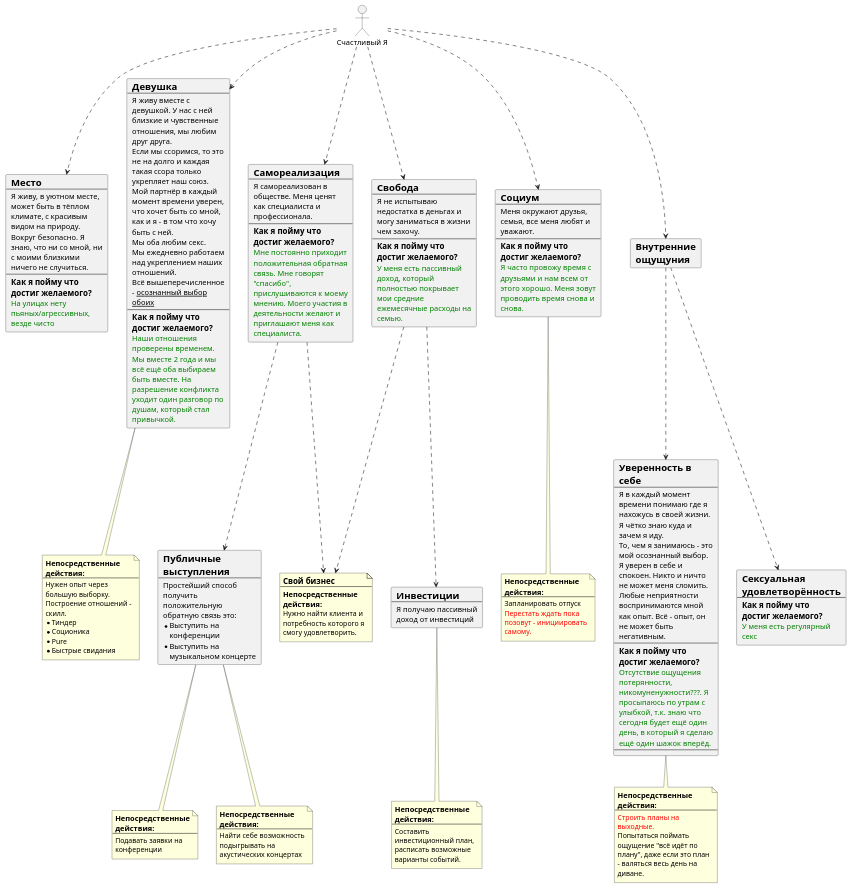
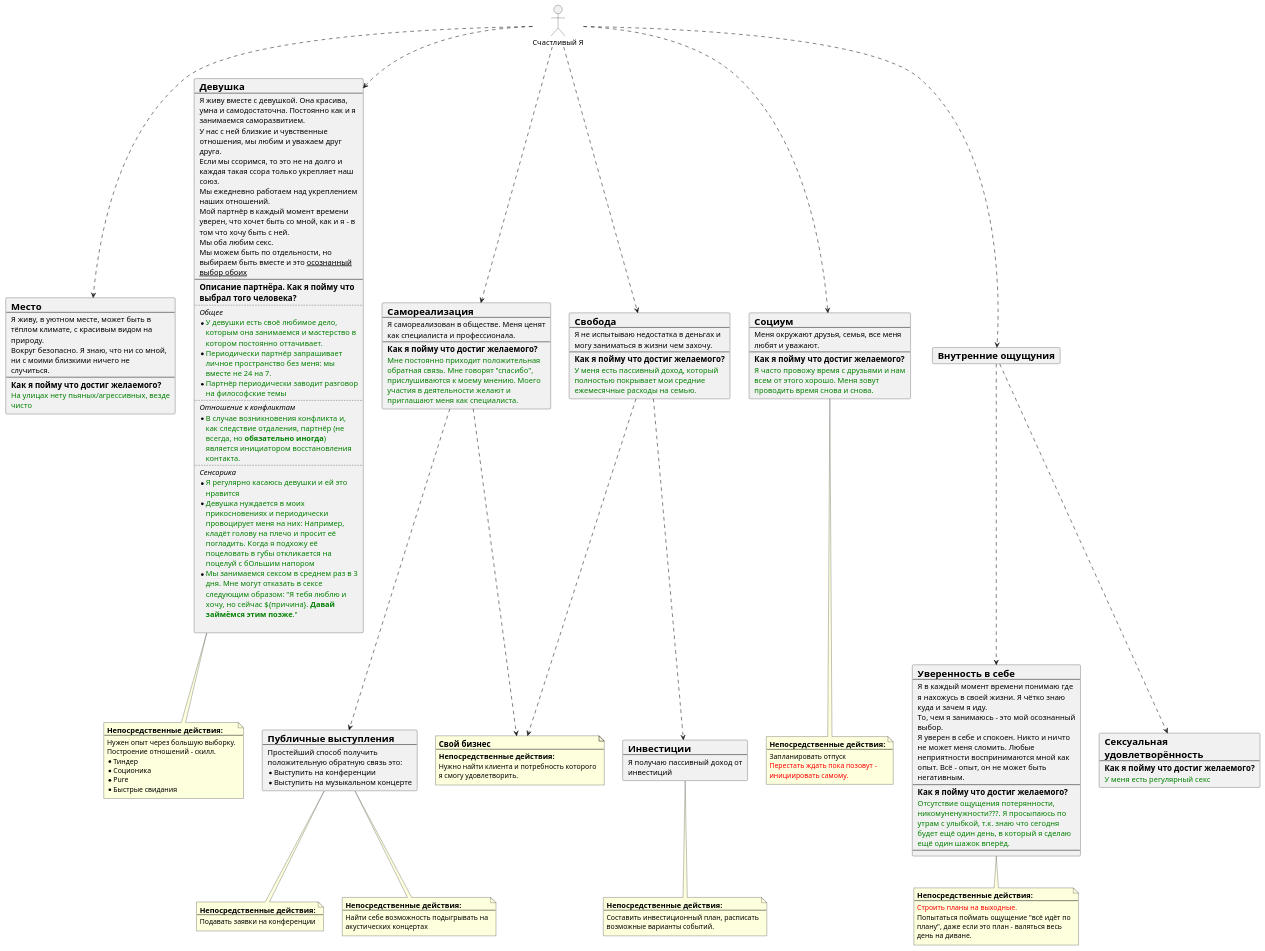
The diagram in docs/life.puml (roasher/project-life), drawn with PlantUML before and after one commit.

Commit message:
iteration

```diff
--- a/docs/life.puml
+++ b/docs/life.puml
@@ -1,155 +1,169 @@
 @startuml
-skinparam wrapWidth 180
+skinparam wrapWidth 300
 actor Happy_Me as "Счастливый Я"
 
 card Environment [
 =Место
 ----
 Я живу, в уютном месте, может быть в тёплом климате, с красивым видом на природу.
 Вокруг безопасно. Я знаю, что ни со мной, ни с моими близкими ничего не случиться.
 ----
 ===Как я пойму что достиг желаемого?
 <color:green>На улицах нету пьяных/агрессивных, везде чисто</color>
 ]
 
 card Girlfriend [
 =Девушка
 ----
-Я живу вместе с девушкой. У нас с ней близкие и чувственные отношения, мы любим друг друга.
+Я живу вместе с девушкой. Она красива, умна и самодостаточна. Постоянно как и я занимаемся саморазвитием.
+У нас с ней близкие и чувственные отношения, мы любим и уважаем друг друга.
 Если мы ссоримся, то это не на долго и каждая такая ссора только укрепляет наш союз.
+Мы ежедневно работаем над укреплением наших отношений.
 Мой партнёр в каждый момент времени уверен, что хочет быть со мной, как и я - в том что хочу быть с ней.
 Мы оба любим секс.
-Мы ежедневно работаем над укреплением наших отношений.
-Всё вышеперечисленное - <u>осознанный выбор обоих</u>
+Мы можем быть по отдельности, но выбираем быть вместе и это <u>осознанный выбор обоих</u>
 ----
-===Как я пойму что достиг желаемого?
-<color:green>Наши отношения проверены временем. Мы вместе 2 года и мы всё ещё оба выбираем быть вместе. На разрешение конфликта уходит один разговор по душам, который стал привычкой.</color>
+===Описание партнёра. Как я пойму что выбрал того человека?
+....
+====Общее
+* <color:green>У девушки есть своё любимое дело, которым она занимаемся и мастерство в котором постоянно оттачивает.</color>
+* <color:green>Периодически партнёр запрашивает личное пространство без меня: мы вместе не 24 на 7.</color>
+* <color:green>Партнёр периодически заводит разговор на философские темы</color>
+....
+====Отношение к конфликтам
+* <color:green>В случае возникновения конфликта и, как следствие отдаления, партнёр (не всегда, но **обязательно иногда**) является инициатором восстановления контакта.</color>
+....
+====Сенсорика
+* <color:green>Я регулярно касаюсь девушки и ей это нравится</color>
+* <color:green>Девушка нуждается в моих прикосновениях и периодически провоцирует меня на них: Например, кладёт голову на плечо и просит её погладить. Когда я подхожу её поцеловать в губы откликается на поцелуй с бОльшим напором</color>
+* <color:green>Мы занимаемся сексом в среднем раз в 3 дня. Мне могут отказать в сексе следующим образом: "Я тебя люблю и хочу, но сейчас ${причина}. **Давай займёмся этим позже**."</color>
+
 ]
 
 note bottom of Girlfriend
 ===Непосредственные действия:
 ----
 Нужен опыт через большую выборку. Построение отношений - скилл.
 * Тиндер
 * Соционика
 * Pure
 * Быстрые свидания
 end note
 
 card SelfRealisation [
 =Самореализация
 ----
 Я самореализован в обществе. Меня ценят как специалиста и профессионала.
 ----
 ===Как я пойму что достиг желаемого?
 <color:green>Мне постоянно приходит положительная обратная связь. Мне говорят "спасибо", прислушиваются к моему мнению. Моего участия в деятельности желают и приглашают меня как специалиста.</color>
 ]
 
 card PublicSpeaking [
 =Публичные выступления
 ----
 Простейший способ получить положительную обратную связь это:
 * Выступить на конференции
 * Выступить на музыкальном концерте
 ]
 
 note bottom of PublicSpeaking
 ===Непосредственные действия:
 ----
 Подавать заявки на конференции
 end note
 
 note bottom of PublicSpeaking
 ===Непосредственные действия:
 ----
 Найти себе возможность подыгрывать на акустических концертах
 end note
 
 card Freedom [
 =Свобода
 ----
 Я не испытываю недостатка в деньгах и могу заниматься в жизни чем захочу.
 ----
 ===Как я пойму что достиг желаемого?
 <color:green>У меня есть пассивный доход, который полностью покрывает мои средние ежемесячные расходы на семью.</color>
 ]
 
 card Social [
 =Социум
 ----
 Меня окружают друзья, семья, все меня любят и уважают.
 ----
 ===Как я пойму что достиг желаемого?
 <color:green>Я часто провожу время с друзьями и нам всем от этого хорошо. Меня зовут проводить время снова и снова.</color>
 ]
 
 note bottom of Social
 ===Непосредственные действия:
 ----
 Запланировать отпуск
 <color:red>Перестать ждать пока позовут - инициировать самому.</color>
 end note
 
 card Investing [
 =Инвестиции
 ----
 Я получаю пассивный доход от инвестиций
 ]
 
 note bottom of Investing
 ===Непосредственные действия:
 ----
 Составить инвестиционный план, расписать возможные варианты событий.
 end note
 
 note as Business
 ==Свой бизнес
 ---
 ===Непосредственные действия:
 Нужно найти клиента и потребность которого я смогу удовлетворить.
 end note
 
 card InnerFeelings [
 =Внутренние ощущуния
 ]
 
 card SelfConfidence [
 =Уверенность в себе
 ----
 Я в каждый момент времени понимаю где я нахожусь в своей жизни. Я чётко знаю куда и зачем я иду.
 То, чем я занимаюсь - это мой осознанный выбор.
 Я уверен в себе и спокоен. Никто и ничто не может меня сломить. Любые неприятности воспринимаются мной как опыт. Всё - опыт, он не может быть негативным.
 ----
 ===Как я пойму что достиг желаемого?
 <color:green>Отсутствие ощущения потерянности, никомуненужности???. Я просыпаюсь по утрам с улыбкой, т.к. знаю что сегодня будет ещё один день, в который я сделаю ещё один шажок вперёд.</color>
 ----
 ]
 
 note bottom
 ===Непосредственные действия:
 ----
 <color:red>Строить планы на выходные.</color>
 Попытаться поймать ощущение "всё идёт по плану", даже если это план - валяться весь день на диване.
 end note
 
 card Sex [
 =Сексуальная удовлетворённость
 ----
 ===Как я пойму что достиг желаемого?
 <color:green>У меня есть регулярный секс</color>
 ]
 
 Happy_Me .-> Environment
 Happy_Me .-> Girlfriend
 Happy_Me .-> SelfRealisation
 Happy_Me .-> Social
 Happy_Me .-> Freedom
 Freedom .-> Investing
 Freedom .-> Business
 SelfRealisation .-> Business
 SelfRealisation .-> PublicSpeaking
 Happy_Me .-> InnerFeelings
 InnerFeelings .-> SelfConfidence
 InnerFeelings .-> Sex
 
 @enduml
```
